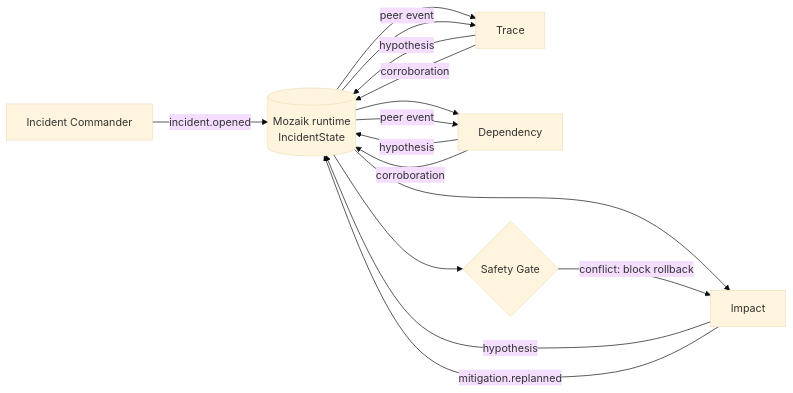
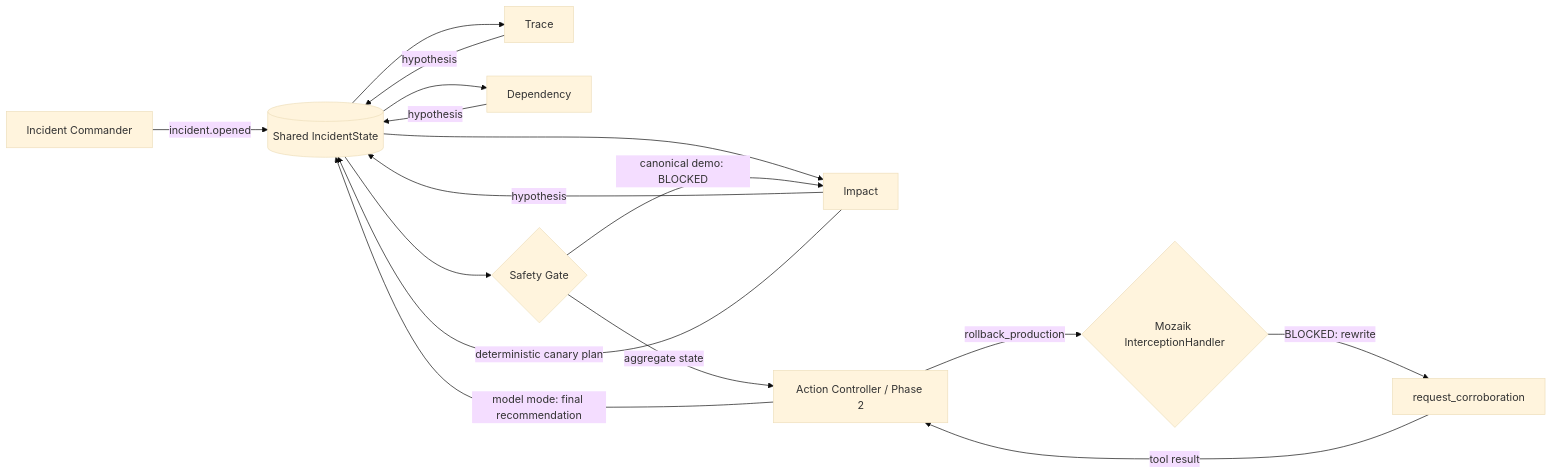
The diagram in README.md (1337isnot1337/incidentmesh), drawn with Mermaid (base theme) before and after one commit. The commit also changed other lines of this file and 35 other files, not shown here.

Commit message:
make concurrency change the production action outcome

````diff
--- a/README.md
+++ b/README.md
@@ -92,17 +147,18 @@
 ```mermaid
 flowchart LR
-  C[Incident Commander] -->|incident.opened| R[(Mozaik runtime<br/>IncidentState)]
+  C[Incident Commander] -->|incident.opened| R[(Shared IncidentState)]
   R --> T[Trace]
   R --> D[Dependency]
   R --> I[Impact]
   T -->|hypothesis| R
   D -->|hypothesis| R
   I -->|hypothesis| R
   R --> G{Safety Gate}
-  G -->|conflict: block rollback| I
-  I -->|mitigation.replanned| R
-  R -->|peer event| T
-  R -->|peer event| D
-  T -->|corroboration| R
-  D -->|corroboration| R
+  G -->|aggregate state| A[Action Controller / Phase 2]
+  A -->|rollback_production| X{Mozaik InterceptionHandler}
+  X -->|BLOCKED: rewrite| Q[request_corroboration]
+  Q -->|tool result| A
+  A -->|model mode: final recommendation| R
+  G -->|canonical demo: BLOCKED| I
+  I -->|deterministic canary plan| R
 ```
````
